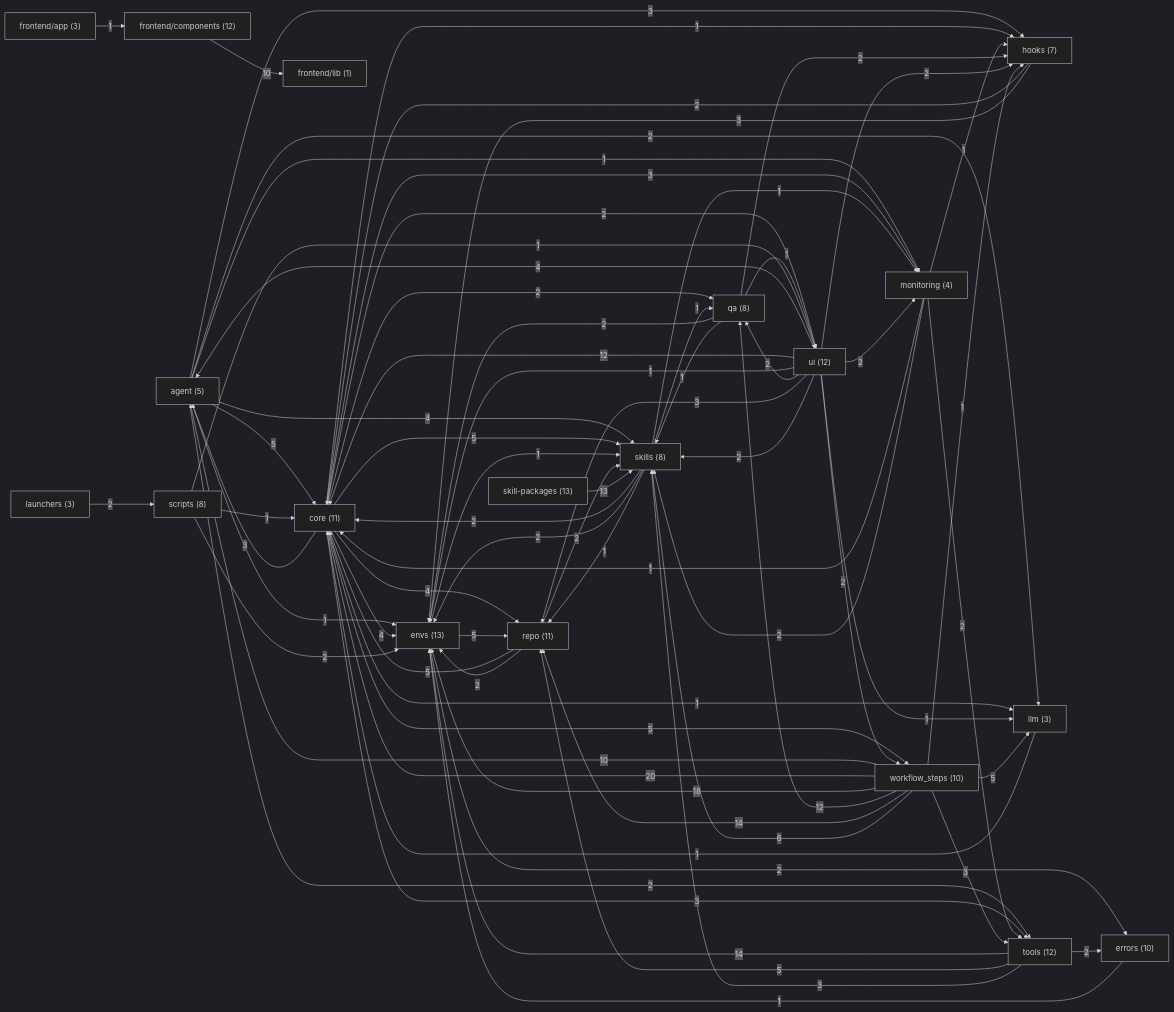
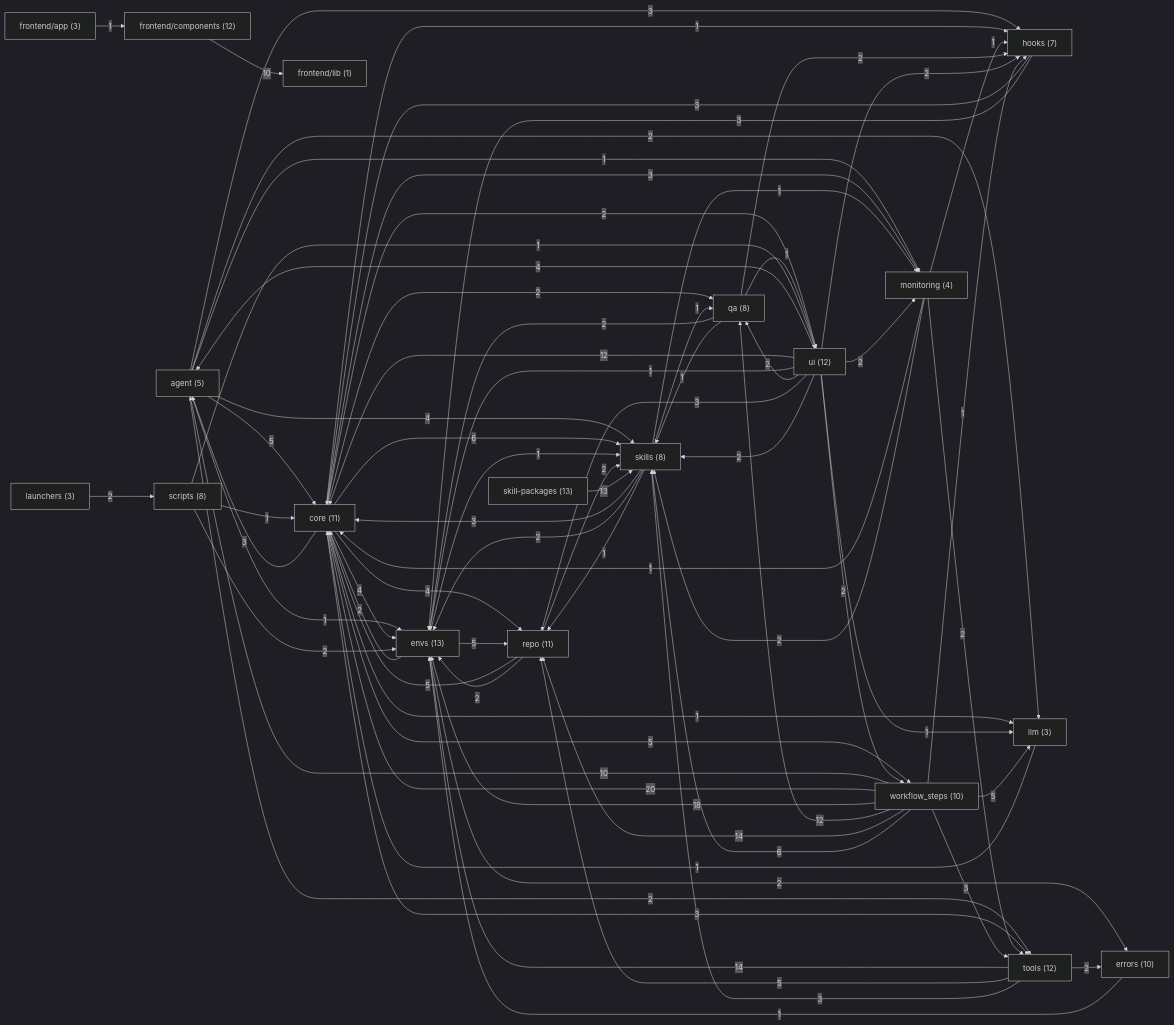
One commit to sarveshtalele/maf-harness-testing changed the second of 21 diagrams in docs/ARCHITECTURE_MAP.md. Above: the diagram before and after it, drawn with Mermaid (dark theme). The commit also changed other lines of this file and 9 other files, not shown here.

```diff
--- a/docs/ARCHITECTURE_MAP.md
+++ b/docs/ARCHITECTURE_MAP.md
@@ -92,17 +92,18 @@
   g1 -->|3| g10
   g1 -->|2| g11
   g1 -->|4| g12
-  g1 -->|5| g15
+  g1 -->|6| g15
   g1 -->|3| g16
   g1 -->|2| g17
   g1 -->|5| g18
+  g2 -->|2| g1
   g2 -->|2| g3
   g2 -->|5| g12
   g2 -->|1| g15
   g3 -->|1| g2
   g4 -->|1| g5
   g5 -->|10| g6
-  g7 -->|2| g1
+  g7 -->|3| g1
   g7 -->|3| g2
   g8 -->|2| g13
   g9 -->|1| g1
@@ -121,7 +122,7 @@
   g13 -->|2| g2
   g13 -->|1| g17
   g14 -->|13| g15
-  g15 -->|2| g1
+  g15 -->|3| g1
   g15 -->|2| g2
   g15 -->|1| g10
   g15 -->|1| g11
```
